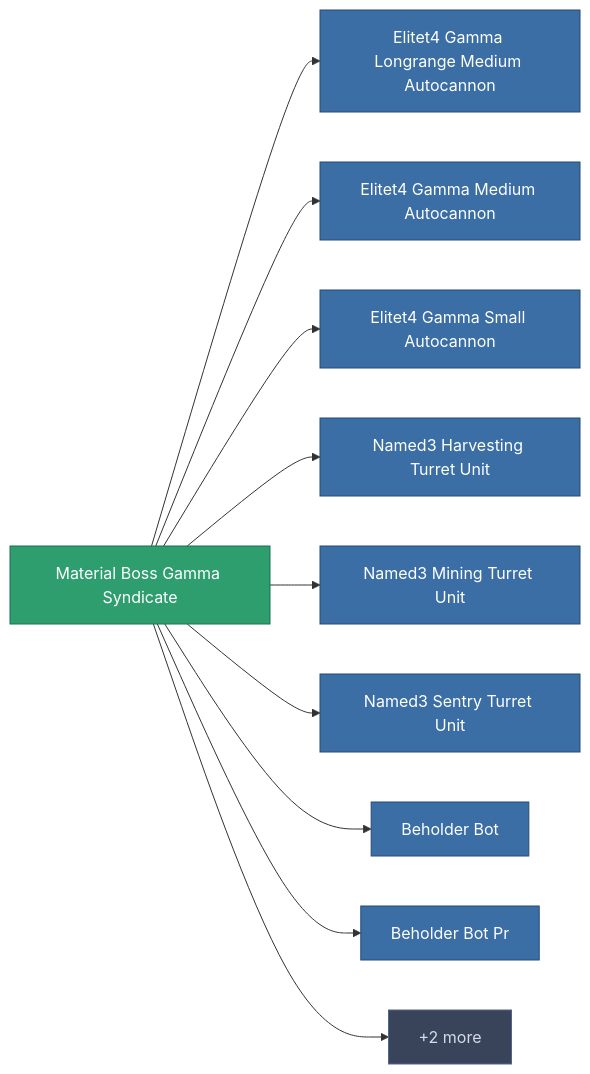
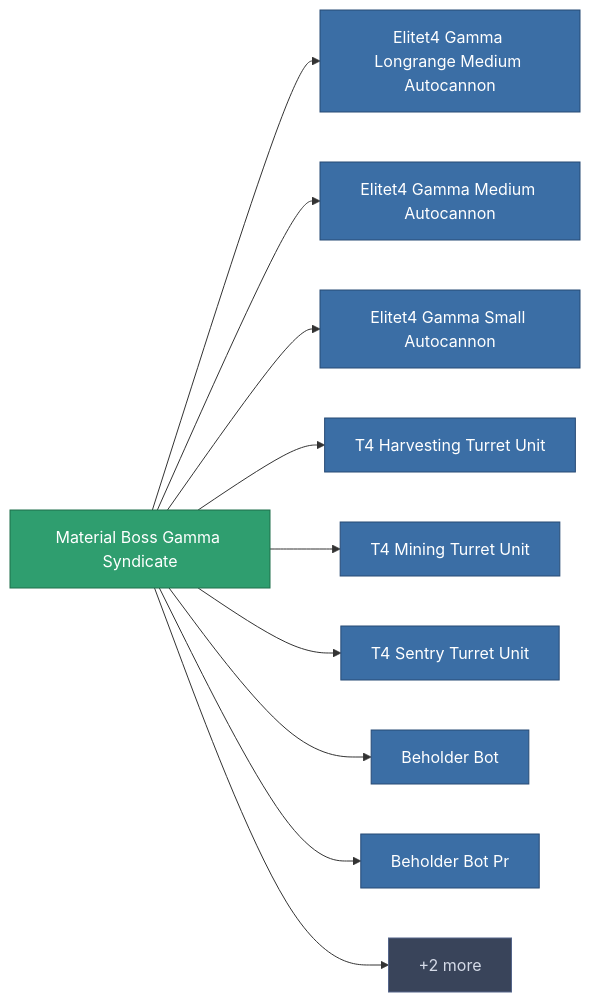
One commit to OpenPerpetuum/Wiki changed the diagram in content/content/items/material_boss_gamma_syndicate.md. Above: the diagram before and after it, drawn with Mermaid. The commit also changed other lines of this file and 4904 other files, not shown here.

````diff
--- a/content/content/items/material_boss_gamma_syndicate.md
+++ b/content/content/items/material_boss_gamma_syndicate.md
@@ -28,33 +28,33 @@
 ```mermaid
 graph LR
     a["Material Boss Gamma Syndicate"]:::current
     b["Elitet4 Gamma Longrange Medium Autocannon"]:::prod
     a --> b
     click b "/content/items/elitet4-gamma-longrange-medium-autocannon/" "Elitet4 Gamma Longrange Medium Autocannon"
     c["Elitet4 Gamma Medium Autocannon"]:::prod
     a --> c
     click c "/content/items/elitet4-gamma-medium-autocannon/" "Elitet4 Gamma Medium Autocannon"
     d["Elitet4 Gamma Small Autocannon"]:::prod
     a --> d
     click d "/content/items/elitet4-gamma-small-autocannon/" "Elitet4 Gamma Small Autocannon"
-    e["Named3 Harvesting Turret Unit"]:::prod
+    e["T4 Harvesting Turret Unit"]:::prod
     a --> e
-    click e "/content/items/named3-harvesting-turret-unit/" "Named3 Harvesting Turret Unit"
-    f["Named3 Mining Turret Unit"]:::prod
+    click e "/content/items/named3-harvesting-turret-unit/" "T4 Harvesting Turret Unit"
+    f["T4 Mining Turret Unit"]:::prod
     a --> f
-    click f "/content/items/named3-mining-turret-unit/" "Named3 Mining Turret Unit"
-    g["Named3 Sentry Turret Unit"]:::prod
+    click f "/content/items/named3-mining-turret-unit/" "T4 Mining Turret Unit"
+    g["T4 Sentry Turret Unit"]:::prod
     a --> g
-    click g "/content/items/named3-sentry-turret-unit/" "Named3 Sentry Turret Unit"
+    click g "/content/items/named3-sentry-turret-unit/" "T4 Sentry Turret Unit"
     h["Beholder Bot"]:::prod
     a --> h
     click h "/content/robots/" "Beholder Bot"
     i["Beholder Bot Pr"]:::prod
     a --> i
     j["+2 more"]:::more
     a --> j
     click j "/content/recipes/" "All recipes"
     classDef current fill:#2f9e6f,stroke:#1f6f4a,color:#ffffff
     classDef prod fill:#3b6ea5,stroke:#274a75,color:#ffffff
     classDef more fill:#39445a,stroke:#54658a,color:#d5dbe8
 ```
````
